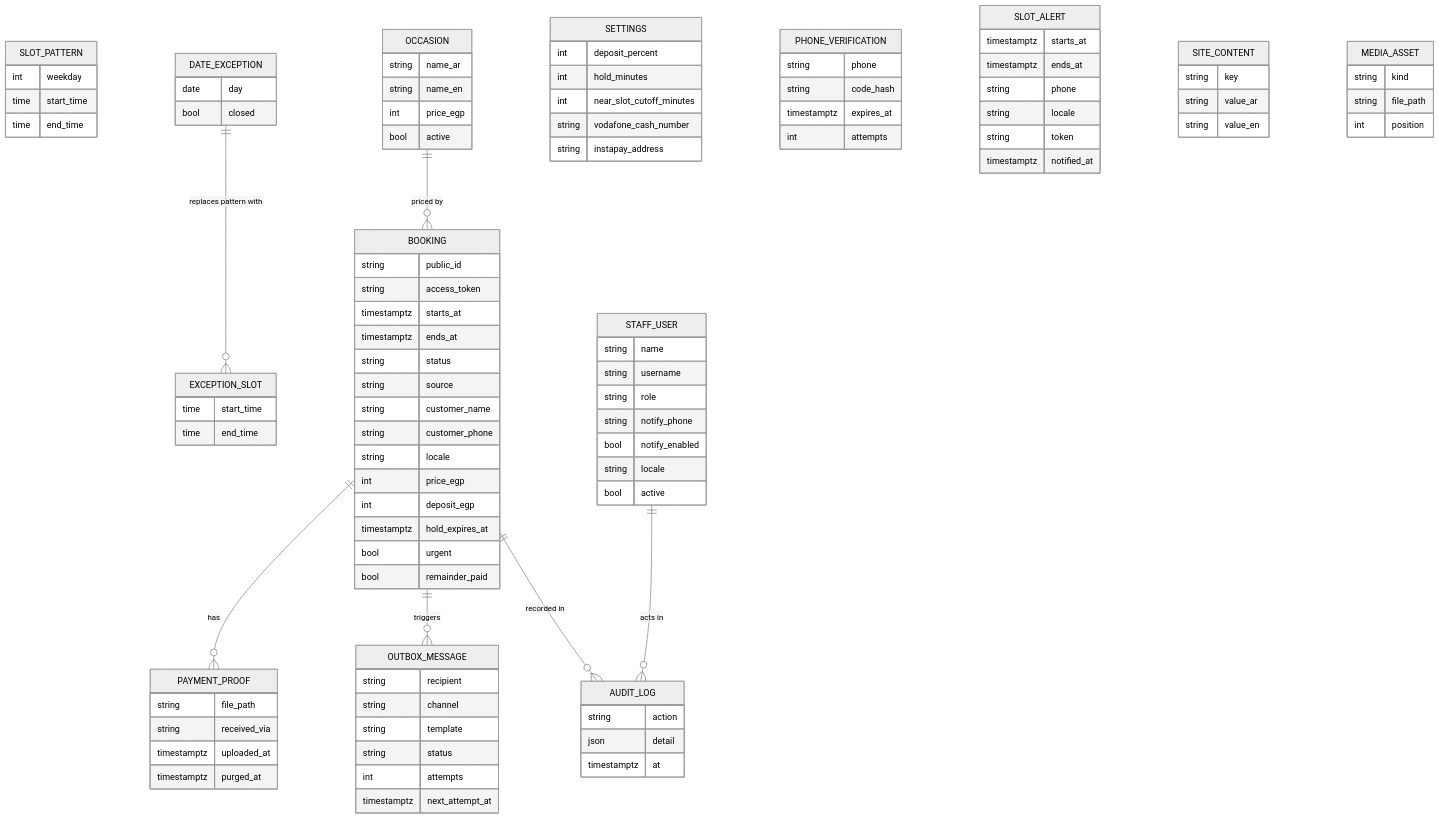
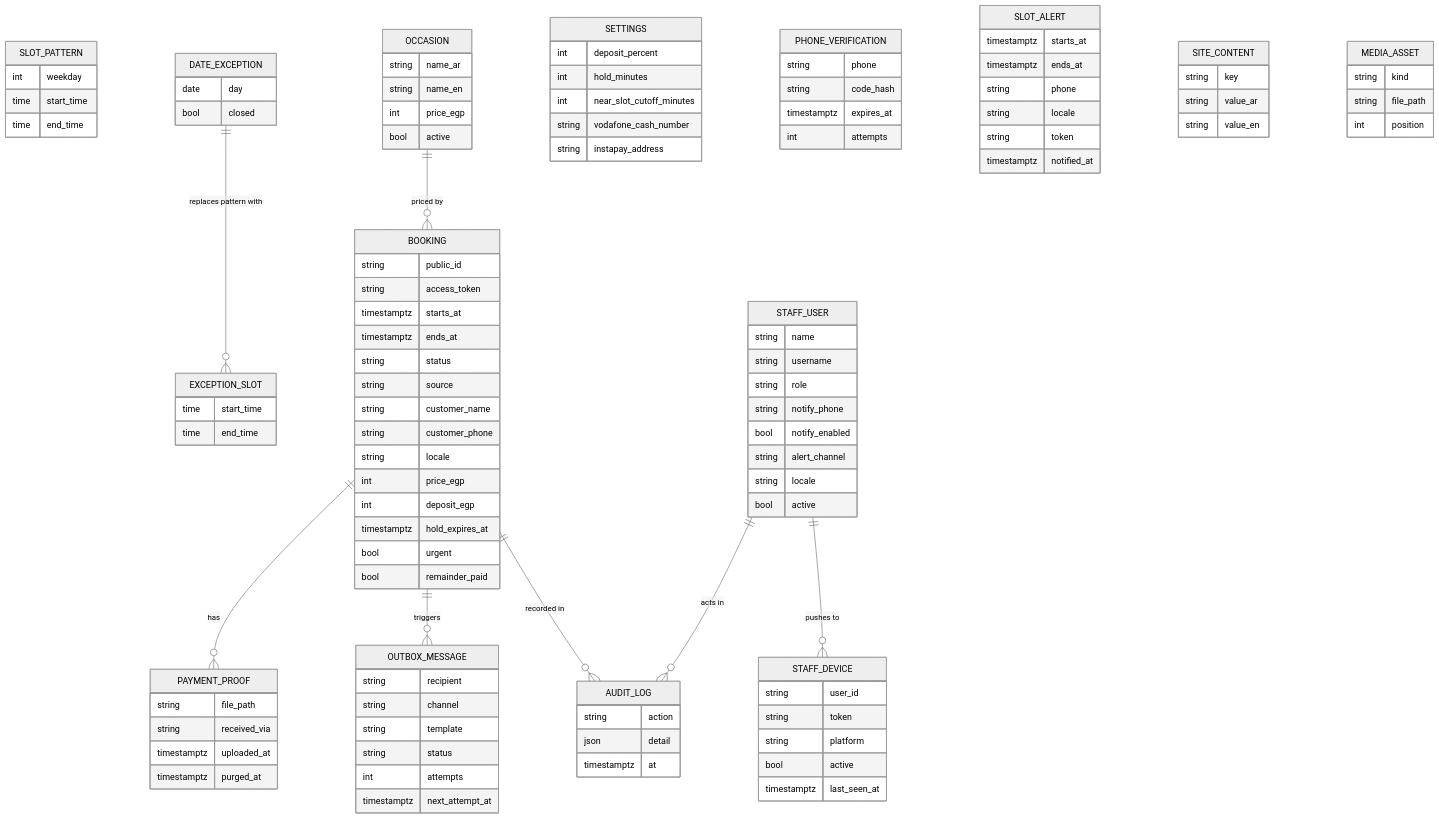
The first of 2 diagrams in docs/architecture/data-model.md (ZamzamMasjid/wesal), drawn with Mermaid (neutral theme) before and after one commit. The commit also changed other lines of this file and 35 other files, not shown here.

````diff
--- a/docs/architecture/data-model.md
+++ b/docs/architecture/data-model.md
@@ -98,8 +98,16 @@
     string role
     string notify_phone
     bool notify_enabled
+    string alert_channel
     string locale
     bool active
+  }
+  STAFF_DEVICE {
+    string user_id
+    string token
+    string platform
+    bool active
+    timestamptz last_seen_at
   }
   AUDIT_LOG {
     string action
@@ -122,4 +130,5 @@
   BOOKING ||--o{ OUTBOX_MESSAGE : "triggers"
   BOOKING ||--o{ AUDIT_LOG : "recorded in"
   STAFF_USER ||--o{ AUDIT_LOG : "acts in"
+  STAFF_USER ||--o{ STAFF_DEVICE : "pushes to"
 ```
````
